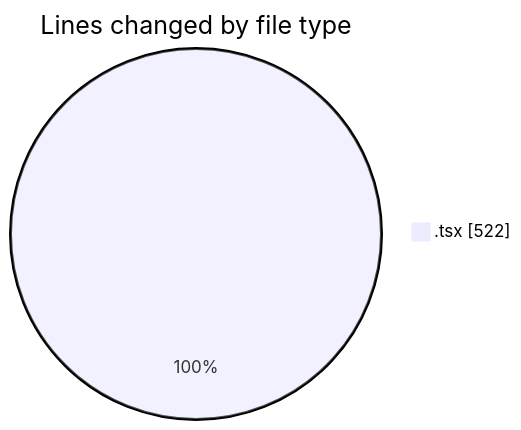
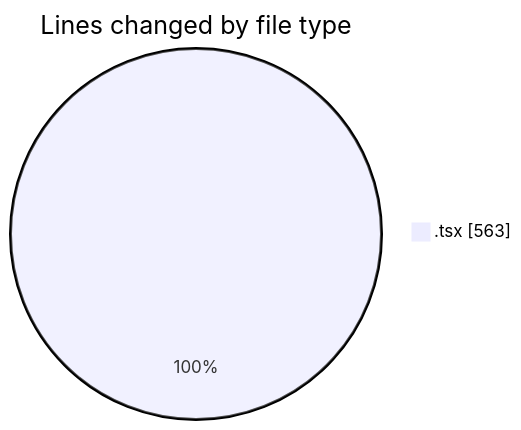
One commit to lephambinh05/code-tracking changed the first of 2 diagrams in 2025-08-20/napxuvn/README.md. Above: the diagram before and after it, drawn with Mermaid. The commit also changed other lines of this file and 1 other file, not shown here.

````diff
--- a/2025-08-20/napxuvn/README.md
+++ b/2025-08-20/napxuvn/README.md
@@ -30,5 +31,5 @@
 ```mermaid
 pie showData
 title Lines changed by file type
-".tsx" : 522
+".tsx" : 563
 ```
````
